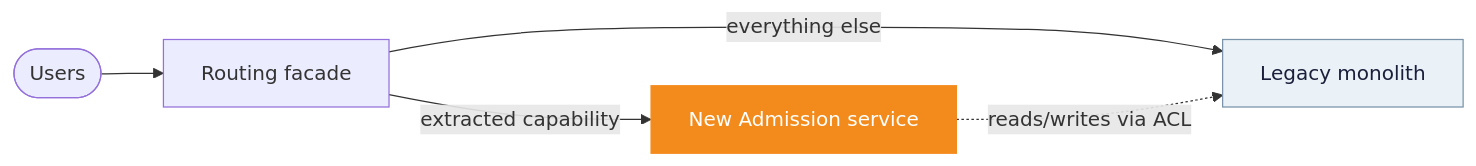
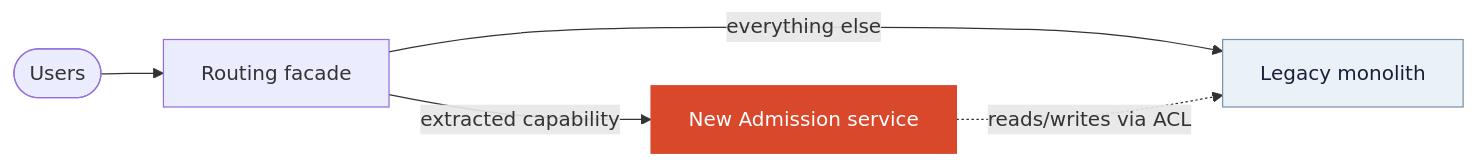
One commit to oleksiyp/arch-book changed the ninth of 23 diagrams in README.md. Above: the diagram before and after it, drawn with Mermaid. The commit also changed other lines of this file and 18 other files, not shown here.

```diff
--- a/README.md
+++ b/README.md
@@ -698,11 +698,11 @@
 <pre class="mermaid">
 flowchart LR
     users([Users]) --> proxy["Routing facade"]
     proxy -- "extracted capability" --> new["New Admission service"]
     proxy -- "everything else" --> old["Legacy monolith"]
     new -. "reads/writes via ACL" .-> old
-    classDef new fill:#f38b1c,stroke:#f38b1c,color:#fff
+    classDef new fill:#d9482b,stroke:#d9482b,color:#fff
     classDef old fill:#eaf2f8,stroke:#7a93a8,color:#1b1f3b
     class new new
     class old old
 </pre>
```
